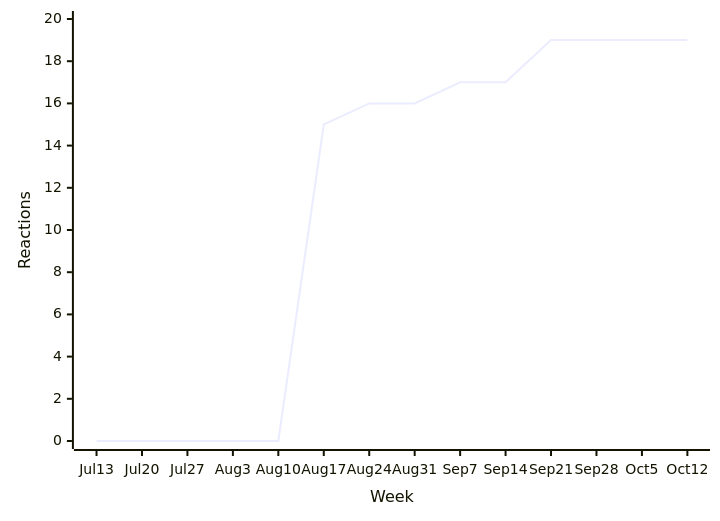
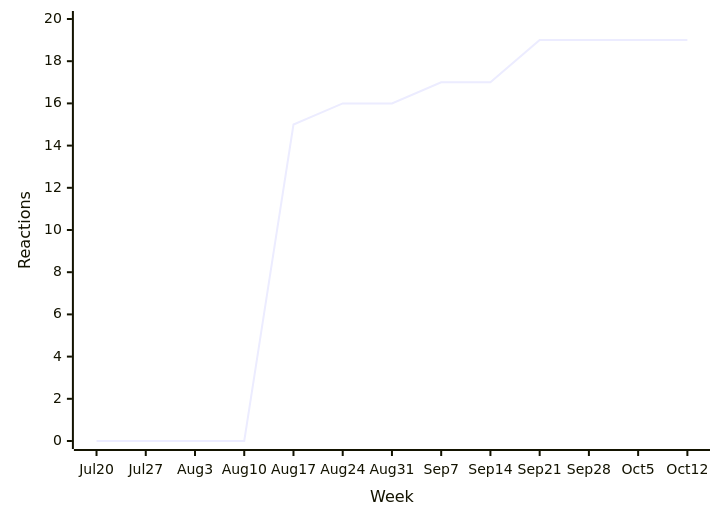
The seventh of 38 diagrams in README.md (loic-sharma/github-insights), drawn with Mermaid before and after one commit. The commit also changed other lines of this file and 3 other files, not shown here.

````diff
--- a/README.md
+++ b/README.md
@@ -426,6 +426,6 @@
   ```mermaid
   xychart-beta
-    x-axis "Week" [Jul 13, Jul 20, Jul 27, Aug 3, Aug 10, Aug 17, Aug 24, Aug 31, Sep 7, Sep 14, Sep 21, Sep 28, Oct 5, Oct 12]
+    x-axis "Week" [Jul 20, Jul 27, Aug 3, Aug 10, Aug 17, Aug 24, Aug 31, Sep 7, Sep 14, Sep 21, Sep 28, Oct 5, Oct 12]
     y-axis "Reactions" 0 --> 20
-    line [0, 0, 0, 0, 0, 15, 16, 16, 17, 17, 19, 19, 19, 19]
+    line [0, 0, 0, 0, 15, 16, 16, 17, 17, 19, 19, 19, 19]
   ```
````
